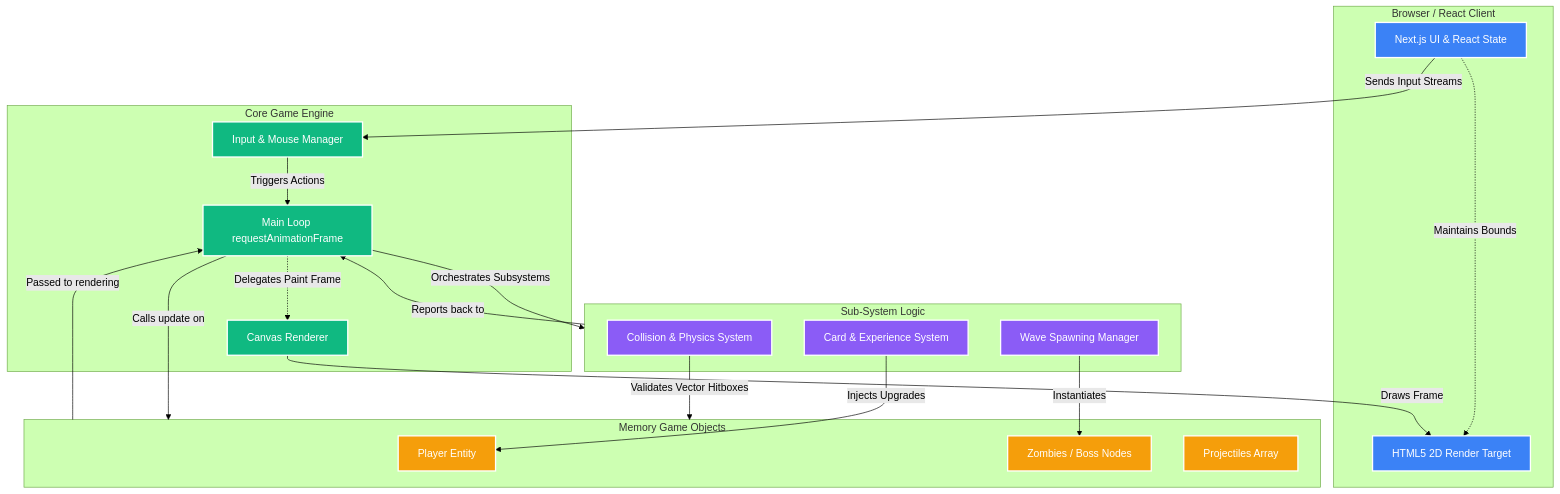
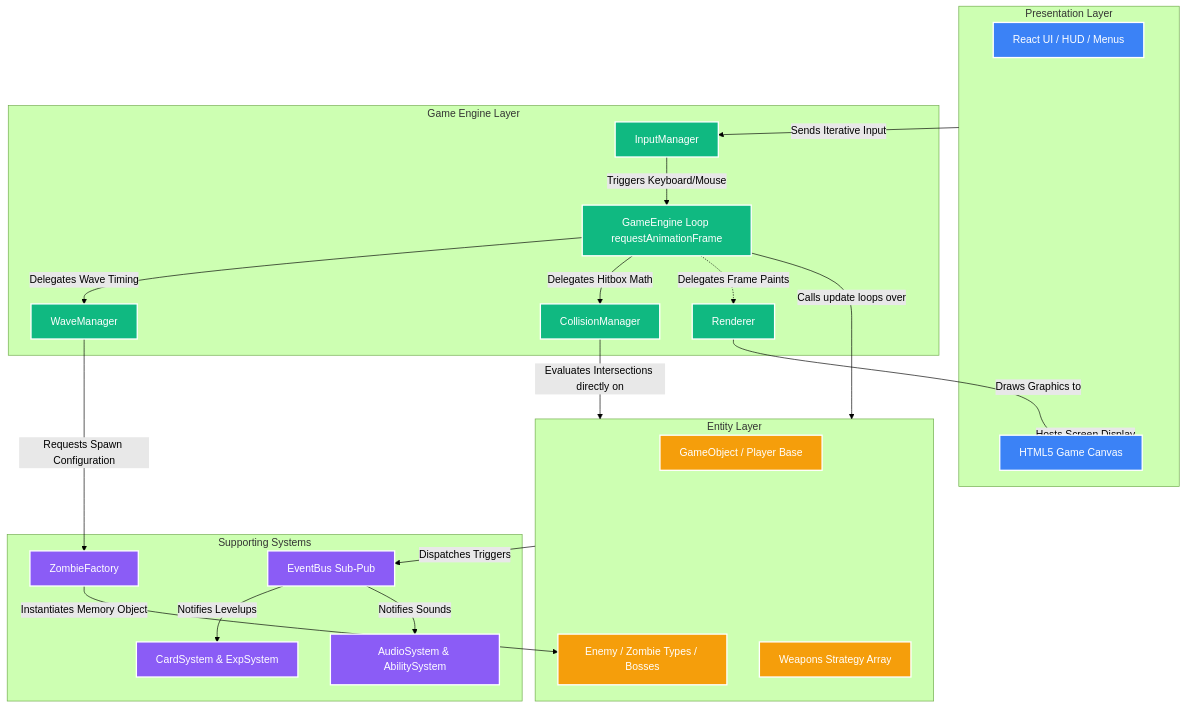
The diagram in README.md (ubhranipreetish/Zombie-Survival-Shooter), drawn with Mermaid (forest theme) before and after one commit.

````diff
--- a/README.md
+++ b/README.md
@@ -61,48 +61,54 @@
 ```mermaid
 graph TD
-    %% Architecture Styling
-    classDef frontend fill:#3b82f6,stroke:#fff,stroke-width:2px,color:#fff
-    classDef core fill:#10b981,stroke:#fff,stroke-width:2px,color:#fff
-    classDef system fill:#8b5cf6,stroke:#fff,stroke-width:2px,color:#fff
-    classDef entity fill:#f59e0b,stroke:#fff,stroke-width:2px,color:#fff
+    %% Base Layer Logic
+    classDef pres fill:#3b82f6,stroke:#fff,stroke-width:2px,color:#fff
+    classDef eng fill:#10b981,stroke:#fff,stroke-width:2px,color:#fff
+    classDef ent fill:#f59e0b,stroke:#fff,stroke-width:2px,color:#fff
+    classDef supp fill:#8b5cf6,stroke:#fff,stroke-width:2px,color:#fff
     
-    subgraph Browser [Browser / React Client]
-        UI[Next.js UI & React State]:::frontend
-        Canvas[HTML5 2D Render Target]:::frontend
+    subgraph Presentation ["Presentation Layer"]
+        UI[React UI / HUD / Menus]:::pres
+        Canvas[HTML5 Game Canvas]:::pres
     end
     
-    subgraph Engine [Core Game Engine]
-        MainLoop[Main Loop requestAnimationFrame]:::core
-        Renderer[Canvas Renderer]:::core
-        Input[Input & Mouse Manager]:::core
+    subgraph Engine ["Game Engine Layer"]
+        Loop[GameEngine Loop requestAnimationFrame]:::eng
+        Input[InputManager]:::eng
+        Wave[WaveManager]:::eng
+        Collision[CollisionManager]:::eng
+        Renderer[Renderer]:::eng
     end
     
-    subgraph SubSystems [Sub-System Logic]
-        Wave[Wave Spawning Manager]:::system
-        Collision[Collision & Physics System]:::system
-        Card[Card & Experience System]:::system
+    subgraph Entities ["Entity Layer"]
+        Base[GameObject / Player Base]:::ent
+        Enemies[Enemy / Zombie Types / Bosses]:::ent
+        Weapons[Weapons Strategy Array]:::ent
     end
     
-    subgraph Entities [Memory Game Objects]
-        Player[Player Entity]:::entity
-        Enemies[Zombies / Boss Nodes]:::entity
-        Bullets[Projectiles Array]:::entity
+    subgraph Supporting ["Supporting Systems"]
+        Eventbus[EventBus Sub-Pub]:::supp
+        Factory[ZombieFactory]:::supp
+        Card[CardSystem & ExpSystem]:::supp
+        Audio[AudioSystem & AbilitySystem]:::supp
     end
     
-    %% Directional Interactions
-    UI -->|Sends Input Streams| Input
-    UI -.->|Maintains Bounds| Canvas
-    Input -->|Triggers Actions| MainLoop
+    %% Relationships
+    Presentation -->|Sends Iterative Input| Input
+    Presentation -.->|Hosts Screen Display| Canvas
     
-    MainLoop -->|Orchestrates Subsystems| SubSystems
-    SubSystems -->|Reports back to| MainLoop
-    MainLoop -.->|Delegates Paint Frame| Renderer
-    Renderer -->|Draws Frame| Canvas
+    Input -->|Triggers Keyboard/Mouse| Loop
+    Loop -->|Delegates Wave Timing| Wave
+    Loop -->|Delegates Hitbox Math| Collision
+    Loop -.->|Delegates Frame Paints| Renderer
+    Renderer -->|Draws Graphics to| Canvas
     
-    Wave -->|Instantiates| Enemies
-    Card -->|Injects Upgrades| Player
-    Collision -->|Validates Vector Hitboxes| Entities
+    Wave -->|Requests Spawn Configuration| Factory
+    Factory -->|Instantiates Memory Object| Enemies
     
-    MainLoop -->|Calls update on| Entities
-    Entities -->|Passed to rendering| MainLoop
+    Entities -->|Dispatches Triggers| Eventbus
+    Eventbus -->|Notifies Levelups| Card
+    Eventbus -->|Notifies Sounds| Audio
+    
+    Loop -->|Calls update loops over| Entities
+    Collision -->|Evaluates Intersections directly on| Entities
 ```
````
